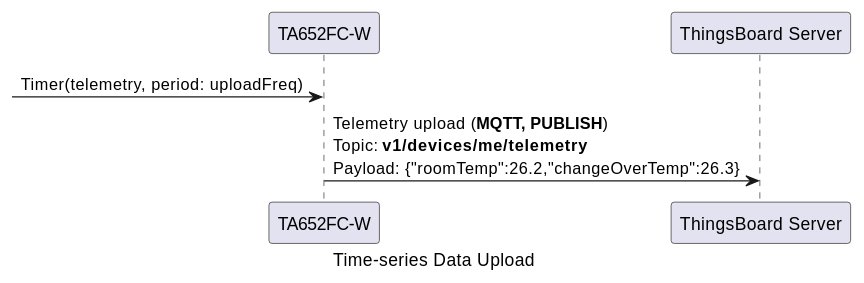
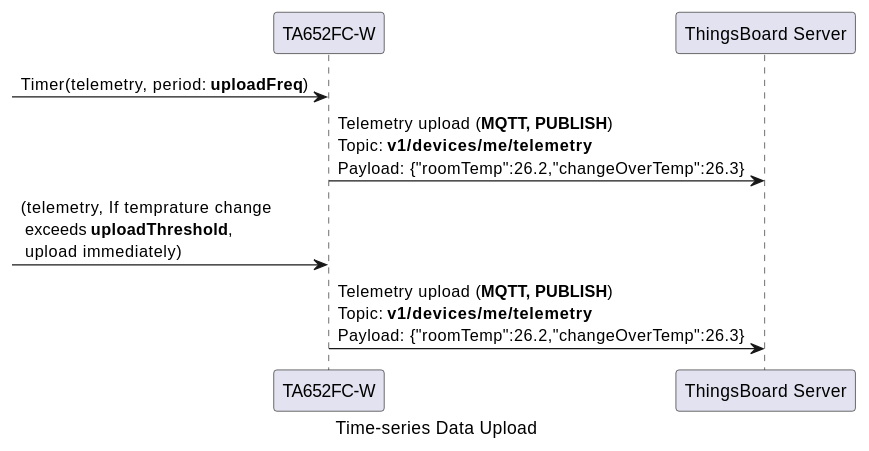
The second of 17 diagrams in docs/device/ta652fc-w/ta652fc-w-mqtt-api.rst (avantec-iot/avantec-thingsboard), drawn with PlantUML before and after one commit. The commit also changed other lines of this file and 1 other file, not shown here.

Commit message:
add a shared attribute - uploadFreshold for TA652FC-W-TB

```diff
--- a/docs/device/ta652fc-w/ta652fc-w-mqtt-api.rst
+++ b/docs/device/ta652fc-w/ta652fc-w-mqtt-api.rst
@@ -81,10 +81,13 @@
   .. uml::
 
     caption  Time-series Data Upload
 
     participant "TA652FC-W" as TBDev order 10
     participant "ThingsBoard Server"  as TBSrv order 20
 
 
-    [-> TBDev: Timer(telemetry, period: uploadFreq)
+    [-> TBDev: Timer(telemetry, period: **uploadFreq**)
     TBDev -> TBSrv: Telemetry upload (**MQTT, PUBLISH**) \nTopic: **v1/devices/me/telemetry** \nPayload: {"roomTemp":26.2,"changeOverTemp":26.3}
+
+    [-> TBDev: (telemetry, If temprature change \n exceeds **uploadThreshold**, \n upload immediately)
+    TBDev -> TBSrv: Telemetry upload (**MQTT, PUBLISH**) \nTopic: **v1/devices/me/telemetry** \nPayload: {"roomTemp":26.2,"changeOverTemp":26.3}
```
